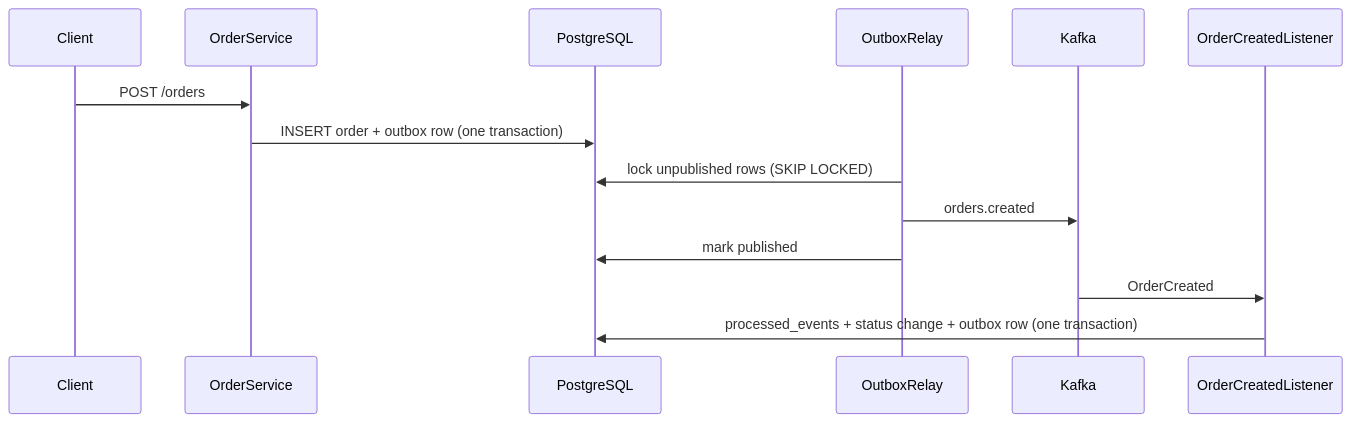
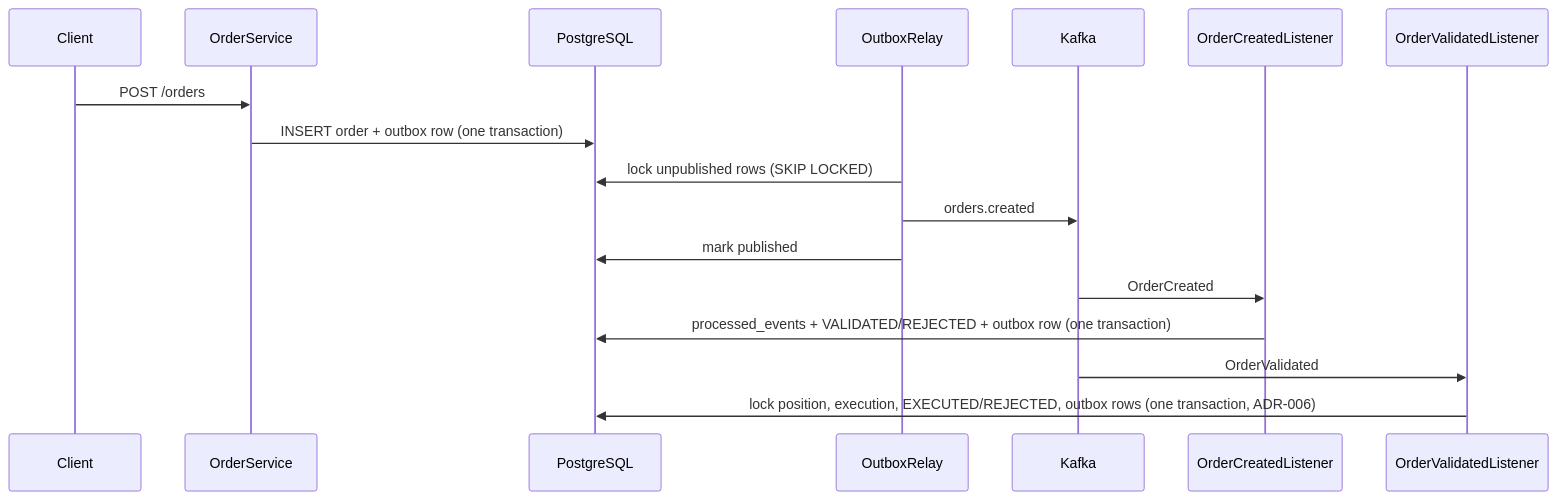
The diagram in docs/kafka.md (Suniljadaun/MultiThreadedCrawler), drawn with Mermaid before and after one commit. The commit also changed other lines of this file and 4 other files, not shown here.

Commit message:
docs: add ADR-006 and document execution and portfolio

````diff
--- a/docs/kafka.md
+++ b/docs/kafka.md
@@ -5,10 +5,12 @@
 ```mermaid
 sequenceDiagram
     Client->>OrderService: POST /orders
     OrderService->>PostgreSQL: INSERT order + outbox row (one transaction)
     OutboxRelay->>PostgreSQL: lock unpublished rows (SKIP LOCKED)
     OutboxRelay->>Kafka: orders.created
     OutboxRelay->>PostgreSQL: mark published
     Kafka->>OrderCreatedListener: OrderCreated
-    OrderCreatedListener->>PostgreSQL: processed_events + status change + outbox row (one transaction)
+    OrderCreatedListener->>PostgreSQL: processed_events + VALIDATED/REJECTED + outbox row (one transaction)
+    Kafka->>OrderValidatedListener: OrderValidated
+    OrderValidatedListener->>PostgreSQL: lock position, execution, EXECUTED/REJECTED, outbox rows (one transaction, ADR-006)
 ```
````
